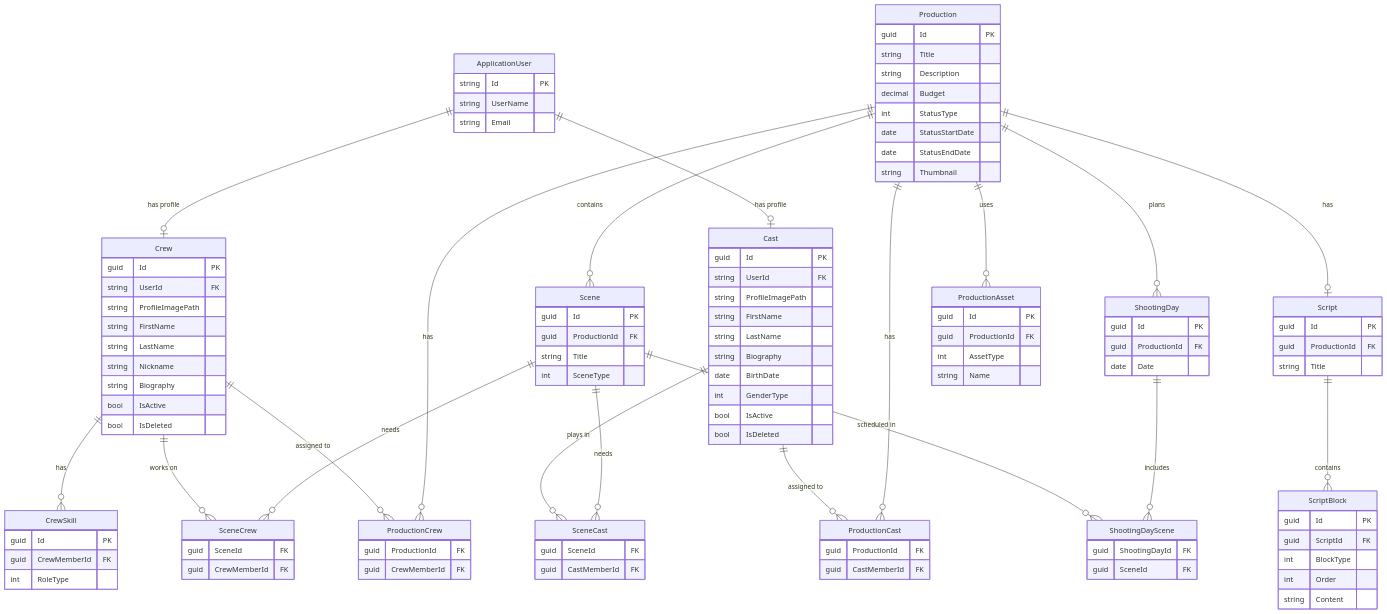
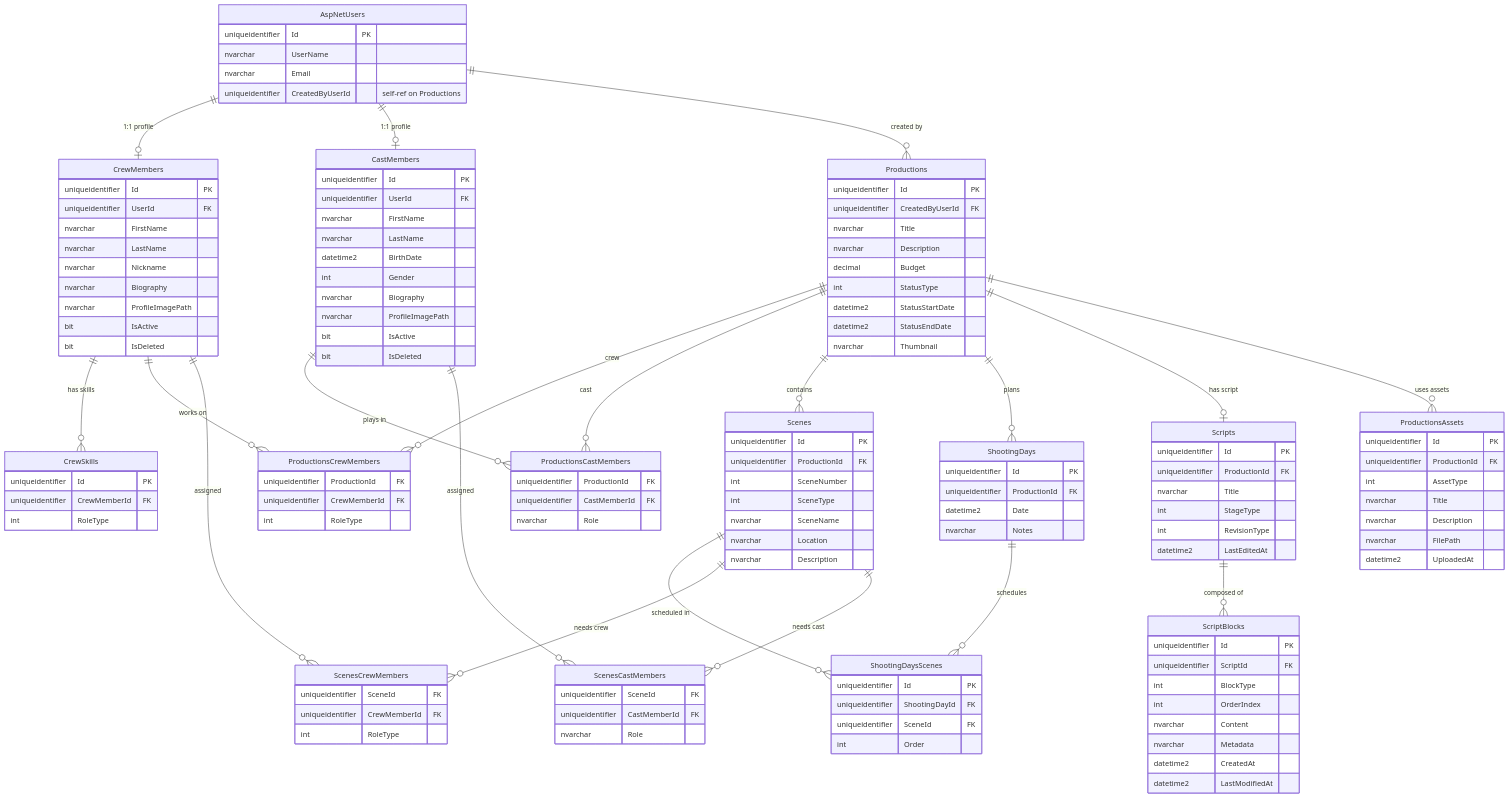
One commit to krasimirnyv/Wrap-FilmProductionManagementSystem-ASP.NET-Project changed the third of 4 diagrams in README.md. Above: the diagram before and after it, drawn with Mermaid. The commit also changed other lines of this file, not shown here.

````diff
--- a/README.md
+++ b/README.md
@@ -123,133 +181,157 @@
 ```mermaid
 erDiagram
-  ApplicationUser {
-    string Id PK
-    string UserName
-    string Email
+  AspNetUsers {
+    uniqueidentifier Id PK
+    nvarchar UserName
+    nvarchar Email
+    uniqueidentifier CreatedByUserId "self-ref on Productions"
   }
 
-  Crew {
-    guid Id PK
-    string UserId FK
-    string ProfileImagePath
-    string FirstName
-    string LastName
-    string Nickname
-    string Biography
-    bool IsActive
-    bool IsDeleted
+  CrewMembers {
+    uniqueidentifier Id       PK
+    uniqueidentifier UserId   FK
+    nvarchar  FirstName
+    nvarchar  LastName
+    nvarchar  Nickname
+    nvarchar  Biography
+    nvarchar  ProfileImagePath
+    bit       IsActive
+    bit       IsDeleted
   }
 
-  Cast {
-    guid Id PK
-    string UserId FK
-    string ProfileImagePath
-    string FirstName
-    string LastName
-    string Biography
-    date BirthDate
-    int GenderType
-    bool IsActive
-    bool IsDeleted
+  CastMembers {
+    uniqueidentifier Id       PK
+    uniqueidentifier UserId   FK
+    nvarchar  FirstName
+    nvarchar  LastName
+    datetime2 BirthDate
+    int       Gender
+    nvarchar  Biography
+    nvarchar  ProfileImagePath
+    bit       IsActive
+    bit       IsDeleted
   }
 
-  CrewSkill {
-    guid Id PK
-    guid CrewMemberId FK
-    int RoleType
+  CrewSkills {
+    uniqueidentifier Id           PK
+    uniqueidentifier CrewMemberId FK
+    int              RoleType
   }
 
-  Production {
-    guid Id PK
-    string Title
-    string Description
-    decimal Budget
-    int StatusType
-    date StatusStartDate
-    date StatusEndDate
-    string Thumbnail
+  Productions {
+    uniqueidentifier Id              PK
+    uniqueidentifier CreatedByUserId FK
+    nvarchar  Title
+    nvarchar  Description
+    decimal   Budget
+    int       StatusType
+    datetime2 StatusStartDate
+    datetime2 StatusEndDate
+    nvarchar  Thumbnail
   }
 
-  ProductionCrew {
-    guid ProductionId FK
-    guid CrewMemberId FK
+  ProductionsCrewMembers {
+    uniqueidentifier ProductionId  FK
+    uniqueidentifier CrewMemberId  FK
+    int              RoleType
   }
 
-  ProductionCast {
-    guid ProductionId FK
-    guid CastMemberId FK
+  ProductionsCastMembers {
+    uniqueidentifier ProductionId  FK
+    uniqueidentifier CastMemberId  FK
+    nvarchar         Role
   }
 
-  Scene {
-    guid Id PK
-    guid ProductionId FK
-    string Title
-    int SceneType
+  Scenes {
+    uniqueidentifier Id          PK
+    uniqueidentifier ProductionId FK
+    int     SceneNumber
+    int     SceneType
+    nvarchar SceneName
+    nvarchar Location
+    nvarchar Description
   }
 
-  ShootingDay {
-    guid Id PK
-    guid ProductionId FK
-    date Date
+  ShootingDays {
+    uniqueidentifier Id           PK
+    uniqueidentifier ProductionId FK
+    datetime2 Date
+    nvarchar  Notes
   }
 
-  ShootingDayScene {
-    guid ShootingDayId FK
-    guid SceneId FK
+  ShootingDaysScenes {
+    uniqueidentifier Id            PK
+    uniqueidentifier ShootingDayId FK
+    uniqueidentifier SceneId       FK
+    int              Order
   }
 
-  SceneCrew {
-    guid SceneId FK
-    guid CrewMemberId FK
+  ScenesCrewMembers {
+    uniqueidentifier SceneId      FK
+    uniqueidentifier CrewMemberId FK
+    int              RoleType
   }
 
-  SceneCast {
-    guid SceneId FK
-    guid CastMemberId FK
+  ScenesCastMembers {
+    uniqueidentifier SceneId      FK
+    uniqueidentifier CastMemberId FK
+    nvarchar         Role
   }
 
-  Script {
-    guid Id PK
-    guid ProductionId FK
-    string Title
+  Scripts {
+    uniqueidentifier Id           PK
+    uniqueidentifier ProductionId FK
+    nvarchar  Title
+    int       StageType
+    int       RevisionType
+    datetime2 LastEditedAt
   }
 
-  ScriptBlock {
-    guid Id PK
-    guid ScriptId FK
-    int BlockType
-    int Order
-    string Content
+  ScriptBlocks {
+    uniqueidentifier Id       PK
+    uniqueidentifier ScriptId FK
+    int      BlockType
+    int      OrderIndex
+    nvarchar Content
+    nvarchar Metadata
+    datetime2 CreatedAt
+    datetime2 LastModifiedAt
   }
 
-  ProductionAsset {
-    guid Id PK
-    guid ProductionId FK
-    int AssetType
-    string Name
+  ProductionsAssets {
+    uniqueidentifier Id           PK
+    uniqueidentifier ProductionId FK
+    int      AssetType
+    nvarchar Title
+    nvarchar Description
+    nvarchar FilePath
+    datetime2 UploadedAt
   }
 
-  ApplicationUser ||--o| Crew : "has profile"
-  ApplicationUser ||--o| Cast : "has profile"
+  AspNetUsers   ||--o| CrewMembers          : "1:1 profile"
+  AspNetUsers   ||--o| CastMembers          : "1:1 profile"
+  AspNetUsers   ||--o{ Productions          : "created by"
 
-  Crew ||--o{ CrewSkill : "has"
+  CrewMembers   ||--o{ CrewSkills           : "has skills"
 
-  Production ||--o{ Scene : "contains"
-  Production ||--o{ ShootingDay : "plans"
-  ShootingDay ||--o{ ShootingDayScene : "includes"
-  Scene ||--o{ ShootingDayScene : "scheduled in"
+  Productions   ||--o{ ProductionsCrewMembers : "crew"
+  CrewMembers   ||--o{ ProductionsCrewMembers : "works on"
 
-  Production ||--o{ ProductionCrew : "has"
-  Crew ||--o{ ProductionCrew : "assigned to"
-  Production ||--o{ ProductionCast : "has"
-  Cast ||--o{ ProductionCast : "assigned to"
+  Productions   ||--o{ ProductionsCastMembers : "cast"
+  CastMembers   ||--o{ ProductionsCastMembers : "plays in"
 
-  Scene ||--o{ SceneCrew : "needs"
-  Crew ||--o{ SceneCrew : "works on"
-  Scene ||--o{ SceneCast : "needs"
-  Cast ||--o{ SceneCast : "plays in"
+  Productions   ||--o{ Scenes              : "contains"
+  Productions   ||--o{ ShootingDays        : "plans"
+  Productions   ||--o| Scripts             : "has script"
+  Productions   ||--o{ ProductionsAssets   : "uses assets"
 
-  Production ||--o| Script : "has"
-  Script ||--o{ ScriptBlock : "contains"
-  Production ||--o{ ProductionAsset : "uses"
+  ShootingDays  ||--o{ ShootingDaysScenes  : "schedules"
+  Scenes        ||--o{ ShootingDaysScenes  : "scheduled in"
+
+  Scenes        ||--o{ ScenesCrewMembers   : "needs crew"
+  CrewMembers   ||--o{ ScenesCrewMembers   : "assigned"
+  Scenes        ||--o{ ScenesCastMembers   : "needs cast"
+  CastMembers   ||--o{ ScenesCastMembers   : "assigned"
+
+  Scripts       ||--o{ ScriptBlocks        : "composed of"
 ```
````
